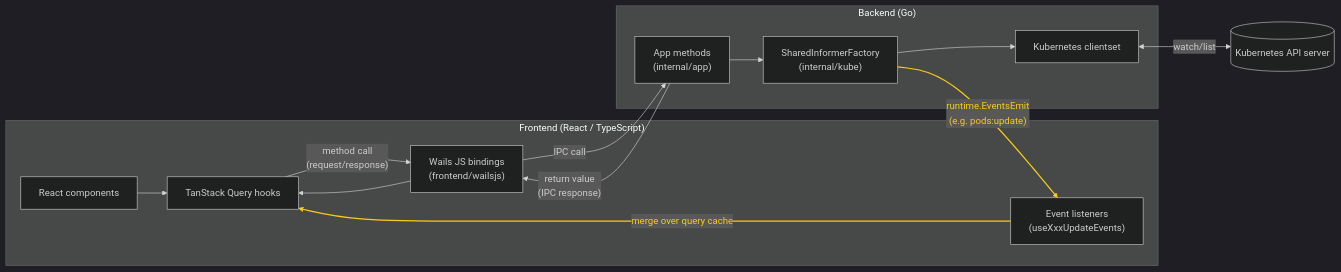
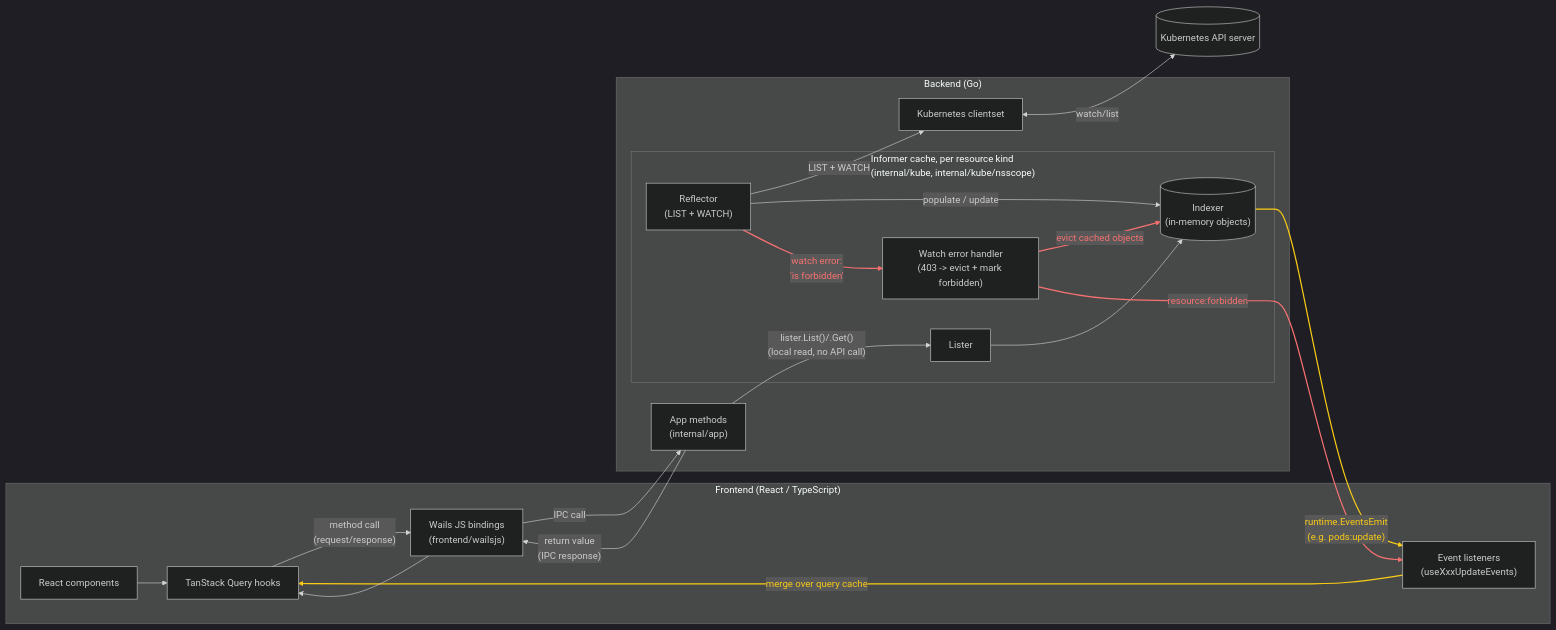
Before and after one commit to litelensapp/litelens: the diagram in docs/architecture/architecture-dark.mmd, drawn with Mermaid. The commit also changed 64 other files, not shown here.

First line of the commit message:
fix: evict informer cache when a resource becomes forbidden (#56)

```diff
--- a/docs/architecture/architecture-dark.mmd
+++ b/docs/architecture/architecture-dark.mmd
@@ -1,30 +1,40 @@
 %%{init: {"theme": "dark"}}%%
 flowchart LR
     subgraph FE["Frontend (React / TypeScript)"]
         UI["React components"]
         Hooks["TanStack Query hooks"]
         Bindings["Wails JS bindings\n(frontend/wailsjs)"]
         EventListeners["Event listeners\n(useXxxUpdateEvents)"]
     end
 
     subgraph BE["Backend (Go)"]
         AppMethods["App methods\n(internal/app)"]
-        Informers["SharedInformerFactory\n(internal/kube)"]
+        subgraph Cache["Informer cache, per resource kind\n(internal/kube, internal/kube/nsscope)"]
+            Lister["Lister"]
+            Indexer[("Indexer\n(in-memory objects)")]
+            Reflector["Reflector\n(LIST + WATCH)"]
+            Forbidden["Watch error handler\n(403 -> evict + mark forbidden)"]
+        end
         K8sClient["Kubernetes clientset"]
     end
 
     K8sAPI[("Kubernetes API server")]
 
     UI --> Hooks
     Hooks -->|"method call\n(request/response)"| Bindings
     Bindings -->|"IPC call"| AppMethods
-    AppMethods --> Informers
-    Informers --> K8sClient
+    AppMethods -->|"lister.List()/.Get()\n(local read, no API call)"| Lister
+    Lister --> Indexer
+    Reflector -->|"LIST + WATCH"| K8sClient
     K8sClient <-->|watch/list| K8sAPI
-
-    Informers -->|"runtime.EventsEmit\n(e.g. pods:update)"| EventListeners
+    Reflector -->|"populate / update"| Indexer
+    Reflector -->|"watch error:\n'is forbidden'"| Forbidden
+    Forbidden -->|"evict cached objects"| Indexer
+    Forbidden -->|"resource:forbidden"| EventListeners
+    Indexer -->|"runtime.EventsEmit\n(e.g. pods:update)"| EventListeners
     EventListeners -->|merge over query cache| Hooks
     AppMethods -->|"return value\n(IPC response)"| Bindings
     Bindings --> Hooks
 
-    linkStyle 6,7 stroke:#facc15,stroke-width:2px,color:#facc15
+    linkStyle 11,12 stroke:#facc15,stroke-width:2px,color:#facc15
+    linkStyle 8,9,10 stroke:#f87171,stroke-width:2px,color:#f87171
```
